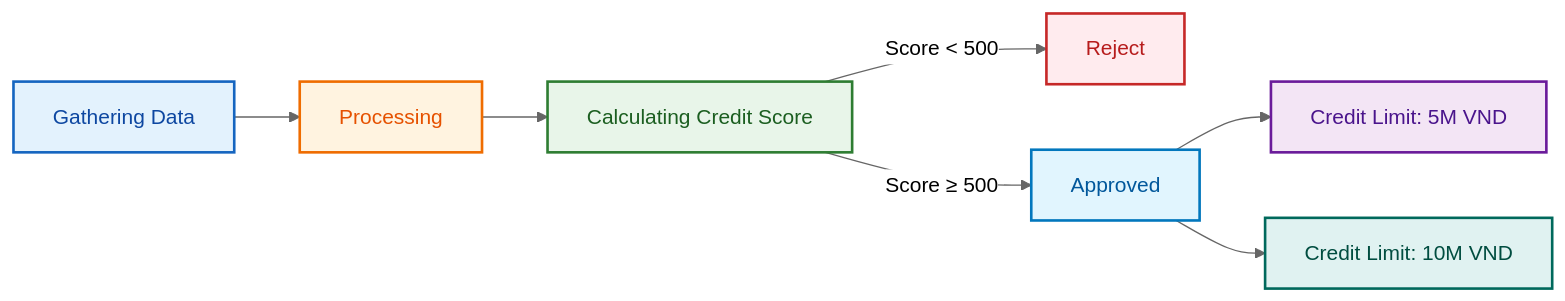
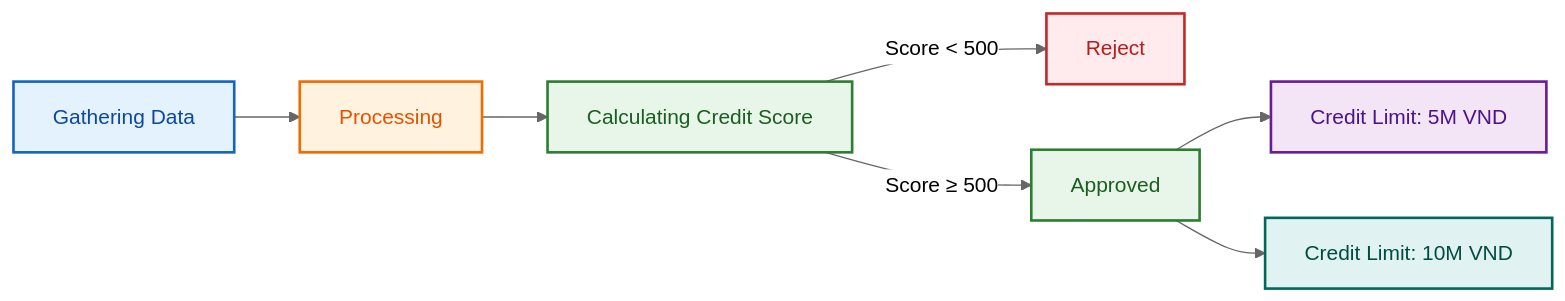
Before and after one commit to ductin2197/PYTHON_CreditScoringModel: the diagram in README.md, drawn with Mermaid (neutral theme).

Commit message:
README.md

````diff
--- a/README.md
+++ b/README.md
@@ -40,20 +40,20 @@
 ```mermaid
 flowchart LR
     A[Gathering Data] --> B[Processing]
     B --> C[Calculating Credit Score]
 
     C -->|Score < 500| D[Reject]
     C -->|Score ≥ 500| E[Approved]
 
     E --> F[Credit Limit: 5M VND]
     E --> G[Credit Limit: 10M VND]
 
     %% Styling (no white / black, no duplicate colors)
     style A fill:#E3F2FD,stroke:#1565C0,stroke-width:2px,color:#0D47A1
     style B fill:#FFF3E0,stroke:#EF6C00,stroke-width:2px,color:#E65100
     style C fill:#E8F5E9,stroke:#2E7D32,stroke-width:2px,color:#1B5E20
     style D fill:#FFEBEE,stroke:#C62828,stroke-width:2px,color:#B71C1C
-    style E fill:#E1F5FE,stroke:#0277BD,stroke-width:2px,color:#01579B
+    style E fill:#E8F5E9,stroke:#2E7D32,stroke-width:2px,color:#1B5E20
     style F fill:#F3E5F5,stroke:#6A1B9A,stroke-width:2px,color:#4A148C
     style G fill:#E0F2F1,stroke:#00695C,stroke-width:2px,color:#004D40
 ```
````
